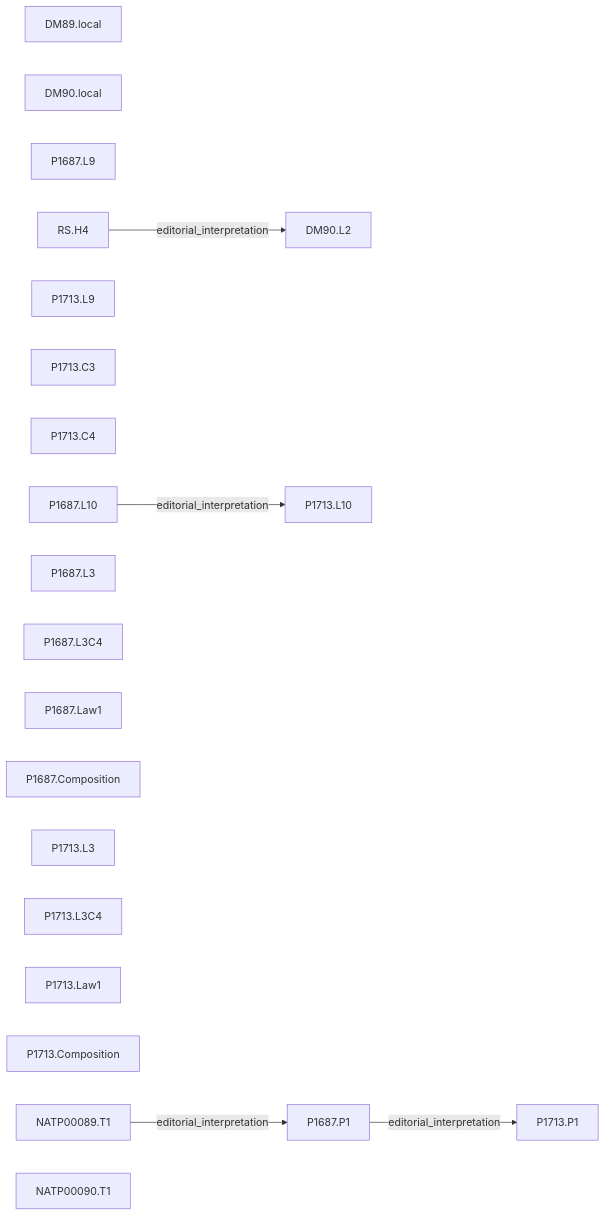
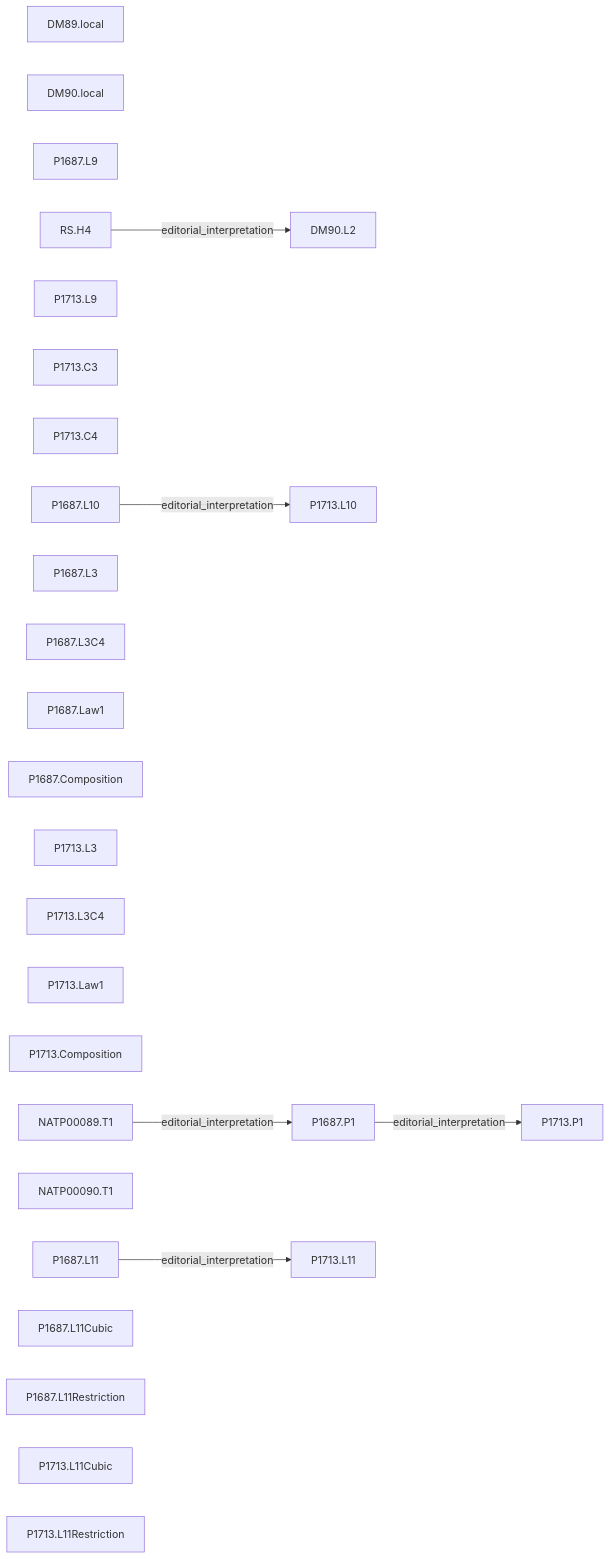
Before and after one commit to arivero/newtonlean: the sixth of 6 diagrams in research/graphs.md, drawn with Mermaid. The commit also changed other lines of this file and 10 other files, not shown here.

````diff
--- a/research/graphs.md
+++ b/research/graphs.md
@@ -71,29 +81,36 @@
 ```mermaid
 flowchart LR
   n0["DM89.local"]
   n1["DM90.L2"]
   n2["DM90.local"]
   n3["P1687.L9"]
   n4["P1687.L10"]
   n5["P1713.L9"]
   n6["P1713.L10"]
   n7["P1713.C3"]
   n8["P1713.C4"]
   n9["RS.H4"]
   n10["P1687.P1"]
   n11["P1687.L3"]
   n12["P1687.L3C4"]
   n13["P1687.Law1"]
   n14["P1687.Composition"]
   n15["P1713.P1"]
   n16["P1713.L3"]
   n17["P1713.L3C4"]
   n18["P1713.Law1"]
   n19["P1713.Composition"]
   n20["NATP00089.T1"]
   n21["NATP00090.T1"]
+  n22["P1687.L11"]
+  n23["P1687.L11Cubic"]
+  n24["P1687.L11Restriction"]
+  n25["P1713.L11"]
+  n26["P1713.L11Cubic"]
+  n27["P1713.L11Restriction"]
   n4 -->|editorial_interpretation| n6
   n9 -->|editorial_interpretation| n1
   n20 -->|editorial_interpretation| n10
   n10 -->|editorial_interpretation| n15
+  n22 -->|editorial_interpretation| n25
 ```
````
